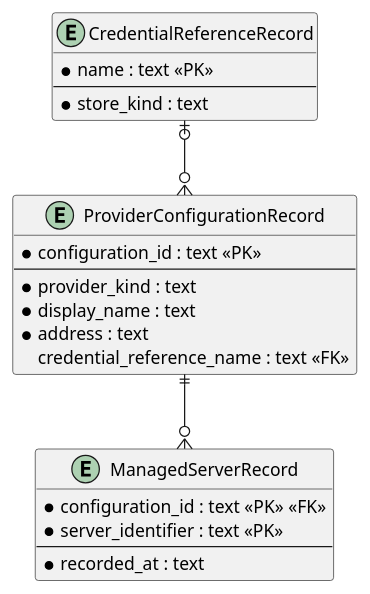
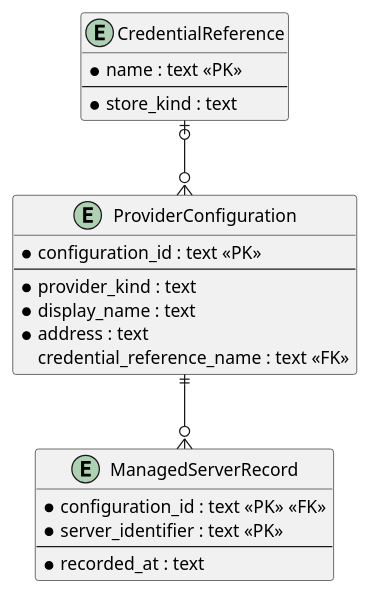
One commit to TirSystem/iac-node-forge changed the diagram in docs/erd.md. Above: the diagram before and after it, drawn with PlantUML. The commit also changed other lines of this file and 17 other files, not shown here.

````diff
--- a/docs/erd.md
+++ b/docs/erd.md
@@ -25,27 +26,27 @@
 ```plantuml
 @startuml
 hide methods
-entity ProviderConfigurationRecord {
+entity ProviderConfiguration {
   * configuration_id : text <<PK>>
   --
   * provider_kind : text
   * display_name : text
   * address : text
   credential_reference_name : text <<FK>>
 }
-entity CredentialReferenceRecord {
+entity CredentialReference {
   * name : text <<PK>>
   --
   * store_kind : text
 }
 entity ManagedServerRecord {
   * configuration_id : text <<PK>> <<FK>>
   * server_identifier : text <<PK>>
   --
   * recorded_at : text
 }
 
-CredentialReferenceRecord |o--o{ ProviderConfigurationRecord
-ProviderConfigurationRecord ||--o{ ManagedServerRecord
+CredentialReference |o--o{ ProviderConfiguration
+ProviderConfiguration ||--o{ ManagedServerRecord
 @enduml
 ```
````
